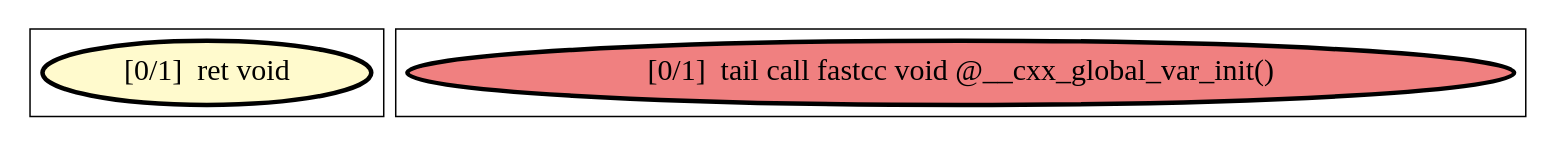
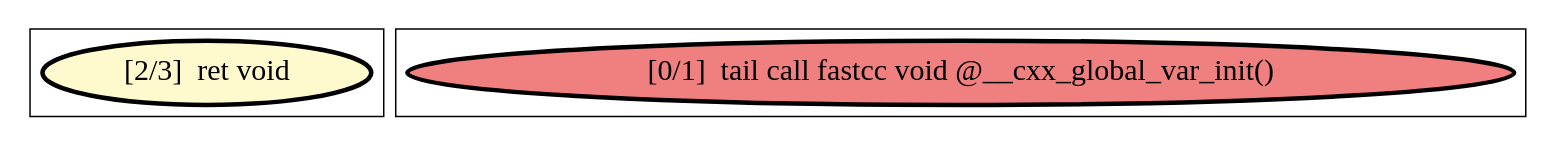
Before and after one commit to harel-coffee/PParMetrics-auto: the diagram in playground/dots/linked-list-traversal/_GLOBAL__sub_I_linked_list_traversal.cpp.pdg.sccscg.dot.dot, drawn with Graphviz. The commit also changed 425 other files, not shown here.

```diff
--- a/playground/dots/linked-list-traversal/_GLOBAL__sub_I_linked_list_traversal.cpp.pdg.sccscg.dot.dot
+++ b/playground/dots/linked-list-traversal/_GLOBAL__sub_I_linked_list_traversal.cpp.pdg.sccscg.dot.dot
@@ -1,26 +1,26 @@
 
 digraph G {
 
 
 
 
 
 subgraph cluster1 {
 
 
-node445 [penwidth=3.0,fontsize=20,fillcolor=lemonchiffon,label="[0/1]  ret void",shape=ellipse,style=filled ]
+node445 [penwidth=3.0,fontsize=20,fillcolor=lemonchiffon,label="[2/3]  ret void",shape=ellipse,style=filled ]
 
 
 
 }
 
 subgraph cluster0 {
 
 
 node444 [penwidth=3.0,fontsize=20,fillcolor=lightcoral,label="[0/1]  tail call fastcc void @__cxx_global_var_init()",shape=ellipse,style=filled ]
 
 
 
 }
 
 }
```
